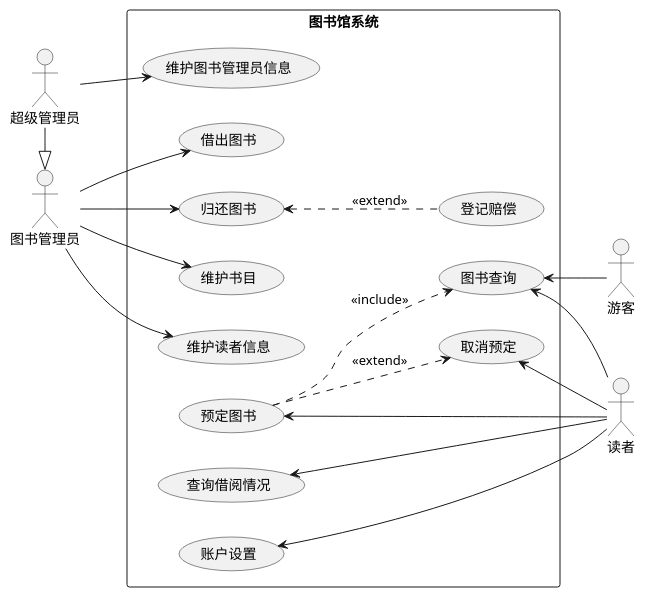
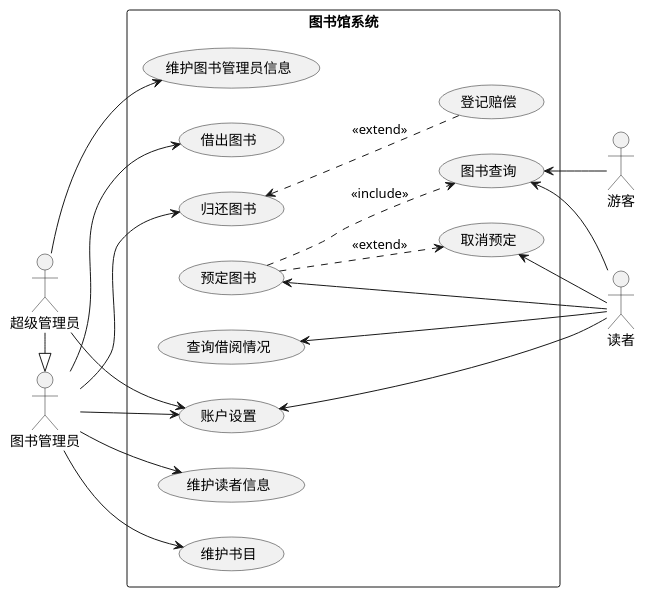
One commit to Landy7/is_analysis changed the diagram in test2/usecase1.md. Above: the diagram before and after it, drawn with PlantUML. The commit also changed 2 other files, not shown here.

```diff
--- a/test2/usecase1.md
+++ b/test2/usecase1.md
@@ -1,25 +1,27 @@
 @startuml
 left to right direction
 skinparam packageStyle rect
 actor 图书管理员
 actor 读者
 actor 超级管理员
 actor 游客
 rectangle 图书馆系统 {
     超级管理员 -|> 图书管理员
     超级管理员 -->(维护图书管理员信息)
     图书管理员 --> (借出图书)
     图书管理员 --> (归还图书)
     图书管理员 --> (维护书目)
     图书管理员 --> (维护读者信息)
     (图书查询) <-- 读者
     (预定图书) .->(图书查询):<<include>>
     (查询借阅情况) <--读者
     (账户设置) <--读者
+    (账户设置) <-- 图书管理员
+    (账户设置) <-- 超级管理员
     (预定图书) <--读者
     (取消预定) <--读者
     (图书查询) <--游客
     (归还图书) <-. (登记赔偿):<<extend>>
     (预定图书) .->(取消预定):<<extend>>
   }
 @enduml
```
